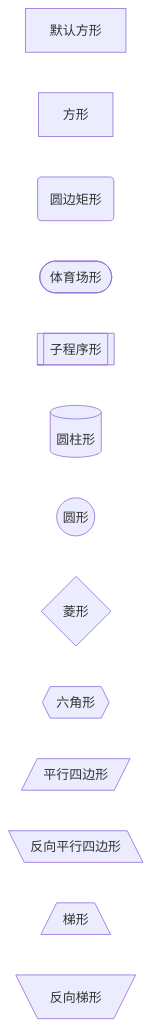
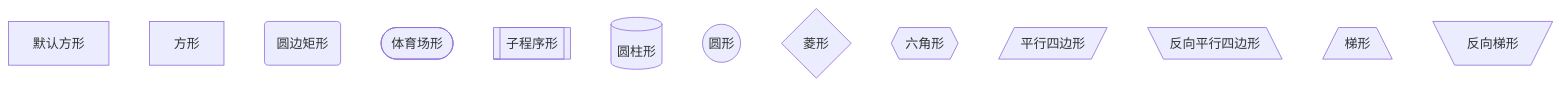
Before and after one commit to poppop9/obsidian: the first of 8 diagrams in 临时笔记/MarkDown 语法.md, drawn with Mermaid. The commit also changed 2 other files, not shown here.

Commit message:
vault backup: 2024-07-20 21:05:36

````diff
--- a/临时笔记/MarkDown 语法.md
+++ b/临时笔记/MarkDown 语法.md
@@ -238,16 +238,16 @@
 ```mermaid
-graph LR
+graph TB
     默认方形
     id1[方形]
     id2(圆边矩形)
     id3([体育场形])
     id4[[子程序形]]
     id5[(圆柱形)]
     id6((圆形))
     id7{菱形}
 	id8{{六角形}}
 	id9[/平行四边形/]
 	id10[\反向平行四边形\]
 	id11[/梯形\]
 	id12[\反向梯形/]
 ```
````
